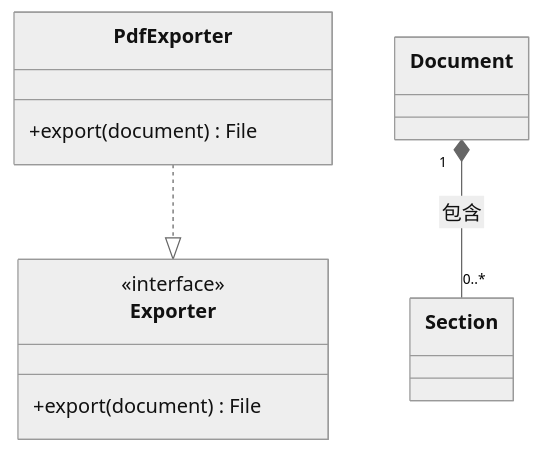
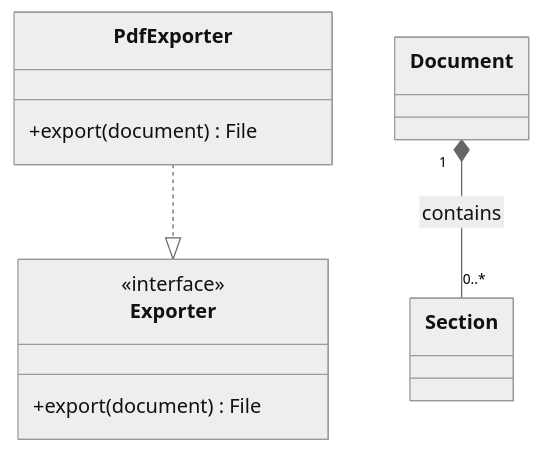
Before and after one commit to def-peter/fuxian: the second of 3 diagrams in skills/fuxian-diagram/references/mermaid/state-class-er.md, drawn with Mermaid (neutral theme). The commit also changed other lines of this file and 43 other files, not shown here.

Commit message:
feat(skills): internationalize diagram guides and expand type selection

````diff
--- a/skills/fuxian-diagram/references/mermaid/state-class-er.md
+++ b/skills/fuxian-diagram/references/mermaid/state-class-er.md
@@ -25,18 +25,18 @@
 ```mermaid
 ---
 config:
   htmlLabels: false
 ---
 classDiagram
   class Exporter {
     <<interface>>
     +export(document) File
   }
   class PdfExporter {
     +export(document) File
   }
   class Document
   class Section
   PdfExporter ..|> Exporter
-  Document "1" *-- "0..*" Section : 包含
+  Document "1" *-- "0..*" Section : contains
 ```
````
